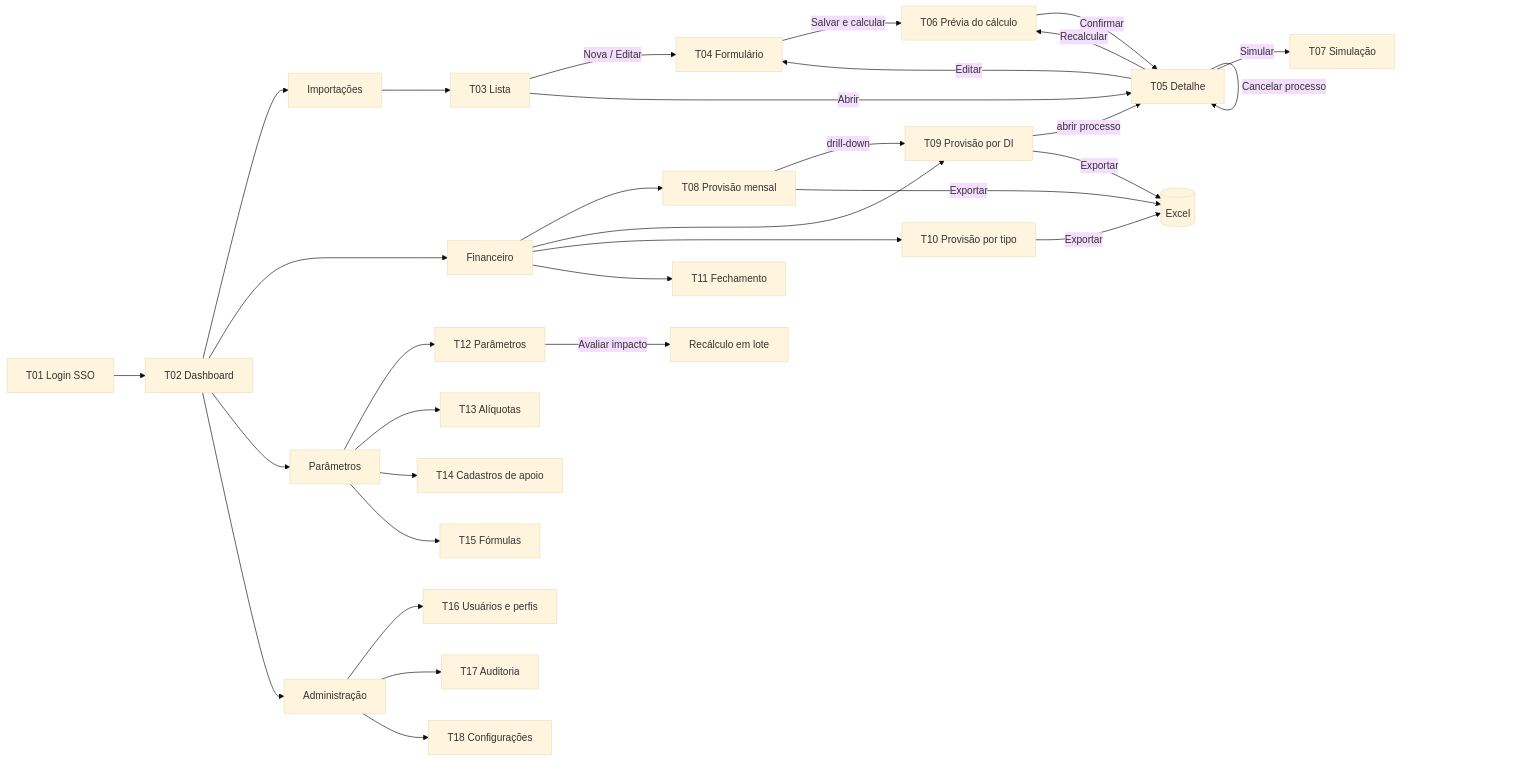
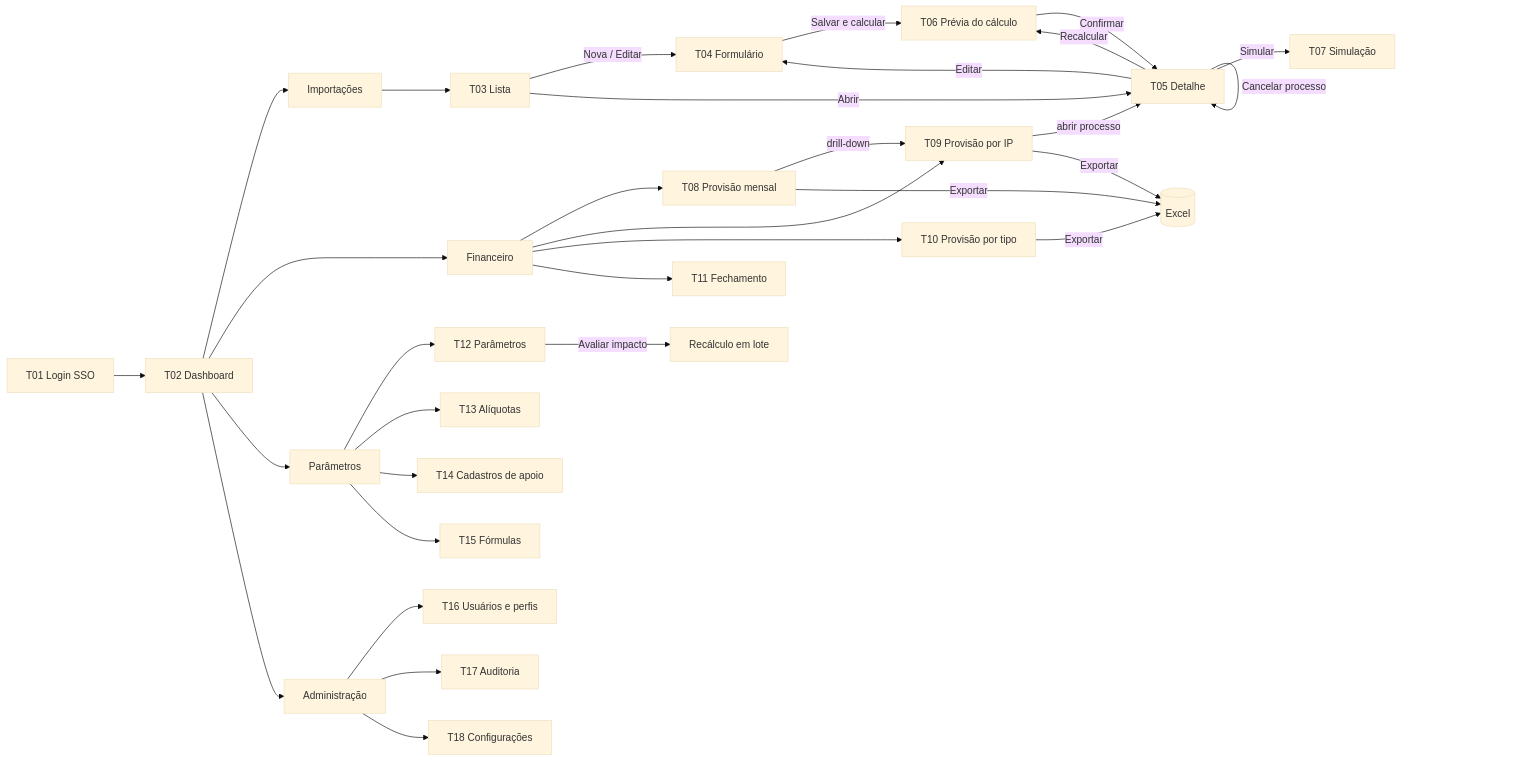
One commit to Wasion-it/forescatcost changed the diagram in docs/07-telas-e-navegacao.md. Above: the diagram before and after it, drawn with Mermaid (base theme). The commit also changed other lines of this file and 23 other files, not shown here.

````diff
--- a/docs/07-telas-e-navegacao.md
+++ b/docs/07-telas-e-navegacao.md
@@ -30,37 +30,37 @@
 ```mermaid
 flowchart LR
     LOGIN[T01 Login SSO] --> DASH[T02 Dashboard]
 
     DASH --> IMP[Importações]
     DASH --> FIN[Financeiro]
     DASH --> PAR[Parâmetros]
     DASH --> ADM[Administração]
 
     IMP --> T03[T03 Lista]
     T03 -->|Nova / Editar| T04[T04 Formulário]
     T03 -->|Abrir| T05[T05 Detalhe]
     T04 -->|Salvar e calcular| T06[T06 Prévia do cálculo]
     T06 -->|Confirmar| T05
     T05 -->|Recalcular| T06
     T05 -->|Simular| T07[T07 Simulação]
     T05 -->|Editar| T04
     T05 -->|Cancelar processo| T05
 
     FIN --> T08[T08 Provisão mensal]
-    FIN --> T09[T09 Provisão por DI]
+    FIN --> T09[T09 Provisão por IP]
     FIN --> T10[T10 Provisão por tipo]
     FIN --> T11[T11 Fechamento]
     T08 -->|drill-down| T09
     T09 -->|abrir processo| T05
     T08 & T09 & T10 -->|Exportar| XLS[(Excel)]
 
     PAR --> T12[T12 Parâmetros]
     PAR --> T13[T13 Alíquotas]
     PAR --> T14[T14 Cadastros de apoio]
     PAR --> T15[T15 Fórmulas]
     T12 -->|Avaliar impacto| LOTE[Recálculo em lote]
 
     ADM --> T16[T16 Usuários e perfis]
     ADM --> T17[T17 Auditoria]
     ADM --> T18[T18 Configurações]
 ```
````
